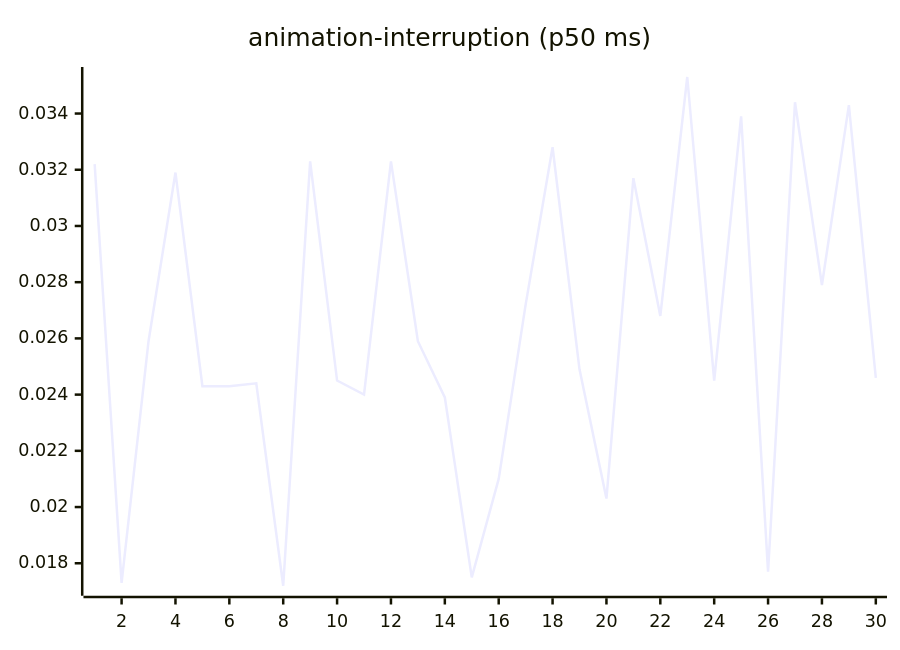
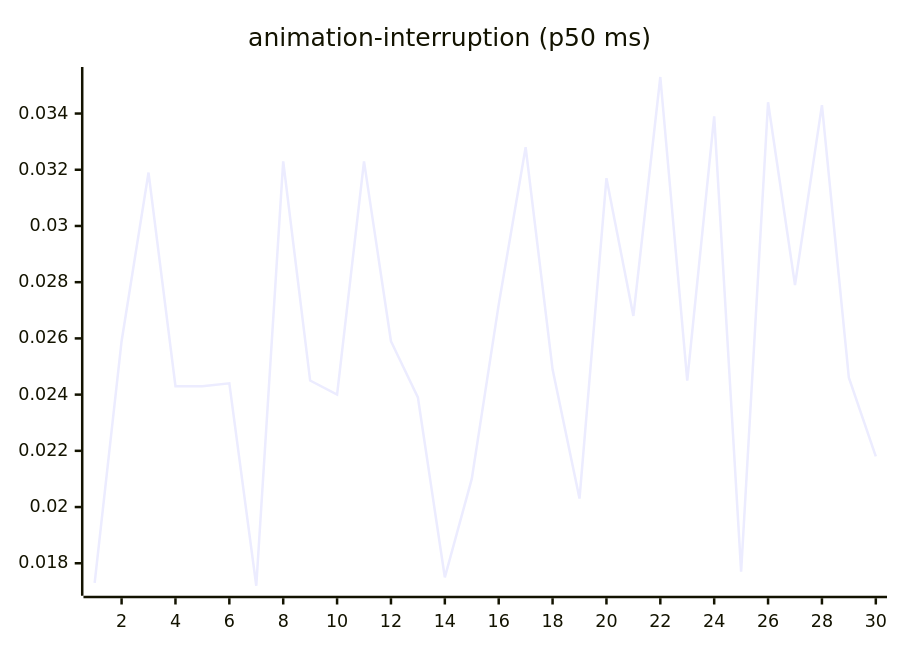
Before and after one commit to josha/Facet: the third of 27 diagrams in README.md, drawn with Mermaid. The commit also changed other lines of this file and 2 other files, not shown here.

````diff
--- a/README.md
+++ b/README.md
@@ -77,6 +77,6 @@
 ```mermaid
 xychart-beta
     title "animation-interruption (p50 ms)"
     x-axis 1 --> 30
-    line [0.0322, 0.0173, 0.0259, 0.0319, 0.0243, 0.0243, 0.0244, 0.0172, 0.0323, 0.0245, 0.0240, 0.0323, 0.0259, 0.0239, 0.0175, 0.0210, 0.0272, 0.0328, 0.0249, 0.0203, 0.0317, 0.0268, 0.0353, 0.0245, 0.0339, 0.0177, 0.0344, 0.0279, 0.0343, 0.0246]
+    line [0.0173, 0.0259, 0.0319, 0.0243, 0.0243, 0.0244, 0.0172, 0.0323, 0.0245, 0.0240, 0.0323, 0.0259, 0.0239, 0.0175, 0.0210, 0.0272, 0.0328, 0.0249, 0.0203, 0.0317, 0.0268, 0.0353, 0.0245, 0.0339, 0.0177, 0.0344, 0.0279, 0.0343, 0.0246, 0.0218]
 ```
````
